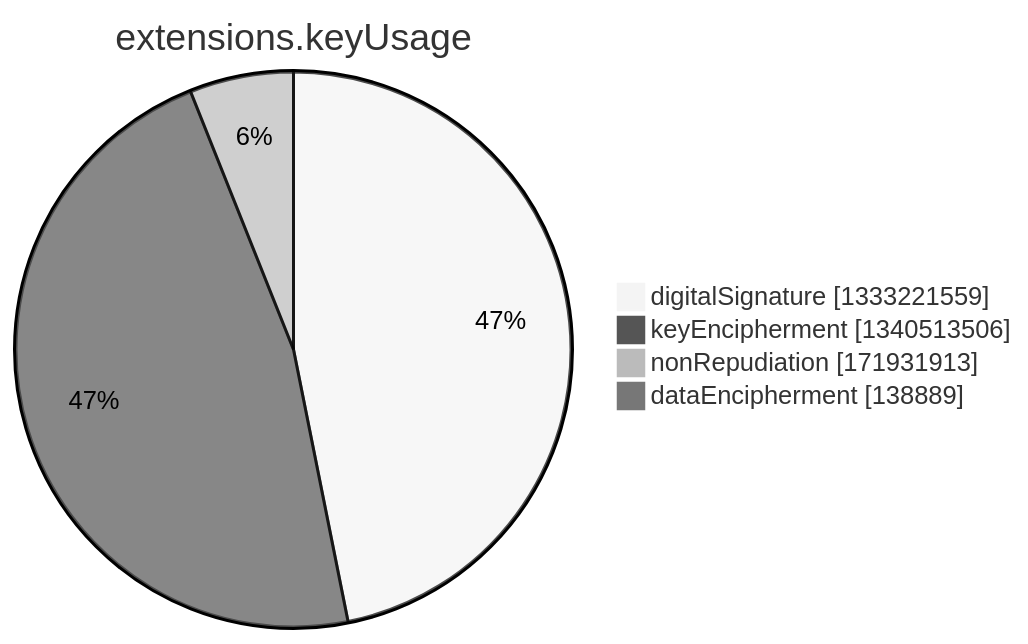
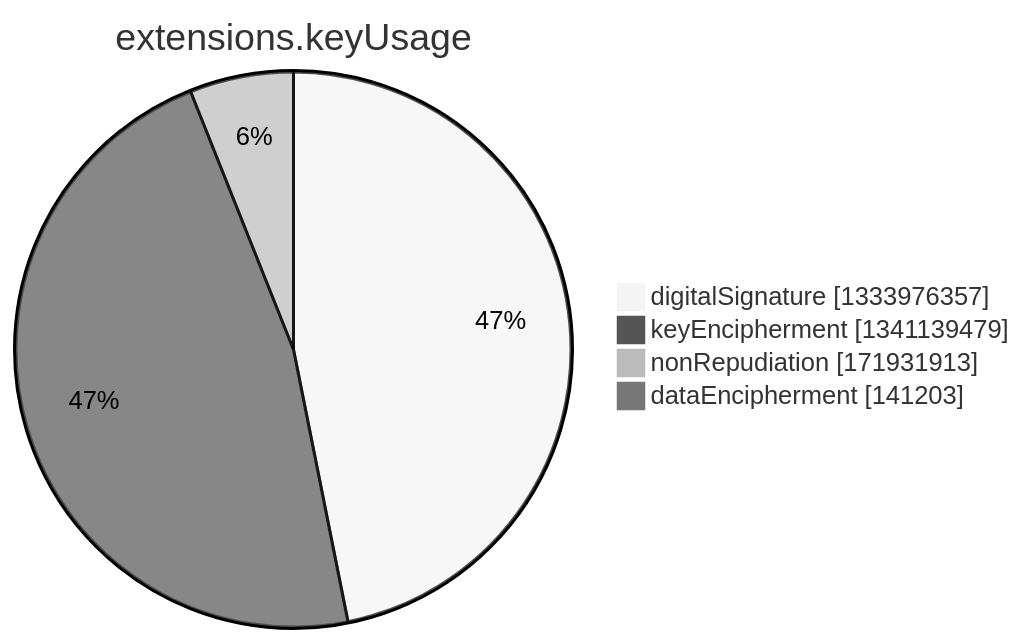
Before and after one commit to christiankrug/ctmonitor_visualization: the seventh of 15 diagrams in argon2022/README.md, drawn with Mermaid (neutral theme). The commit also changed other lines of this file, not shown here.

````diff
--- a/argon2022/README.md
+++ b/argon2022/README.md
@@ -2750,8 +2750,8 @@
 ```mermaid
 pie showData
 title extensions.keyUsage
-"digitalSignature" :1333221559
-"keyEncipherment" :1340513506
+"digitalSignature" :1333976357
+"keyEncipherment" :1341139479
 "nonRepudiation" :171931913
-"dataEncipherment" :138889
+"dataEncipherment" :141203
 ```
````
